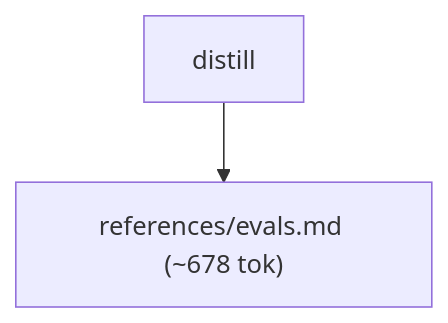
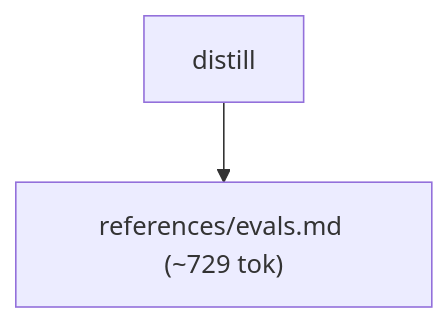
Before and after one commit to alecegg/varde: the fifth of 7 diagrams in skills/varde-learn/FLOW.md, drawn with Mermaid. The commit also changed other lines of this file and 269 other files, not shown here.

````diff
--- a/skills/varde-learn/FLOW.md
+++ b/skills/varde-learn/FLOW.md
@@ -66,6 +69,6 @@
 ```mermaid
 flowchart TD
-  n0["references/evals.md (~678 tok)"]
+  n0["references/evals.md (~729 tok)"]
   n1["distill"]
   n1 --> n0
 ```
````
